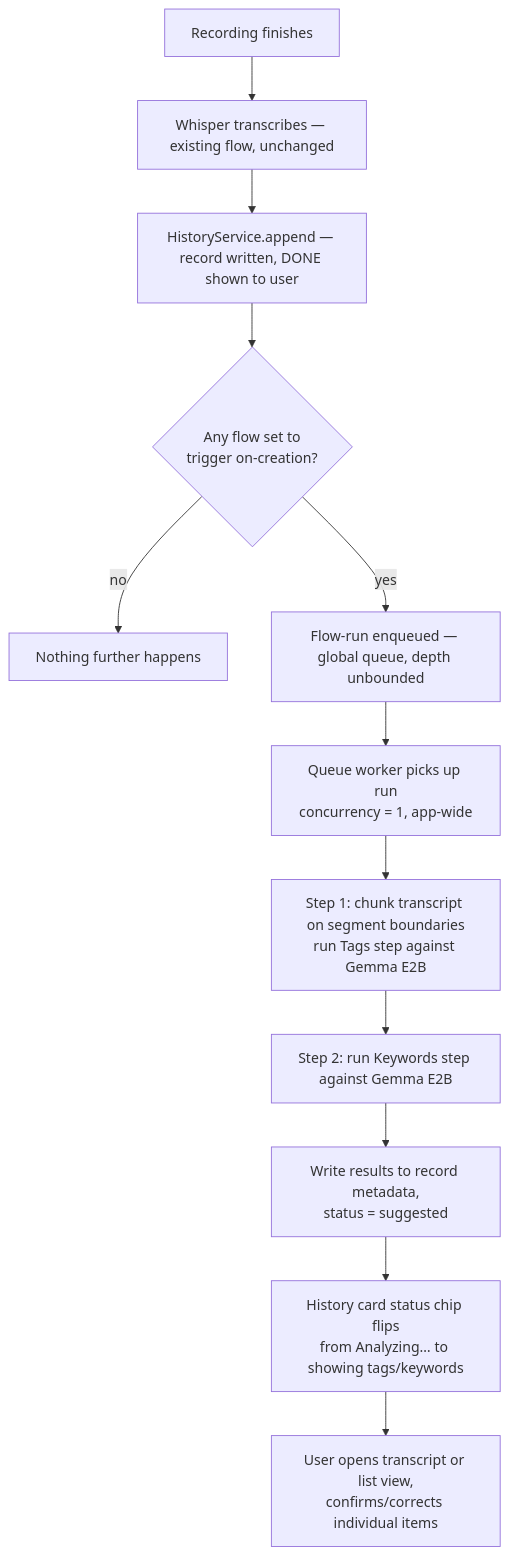
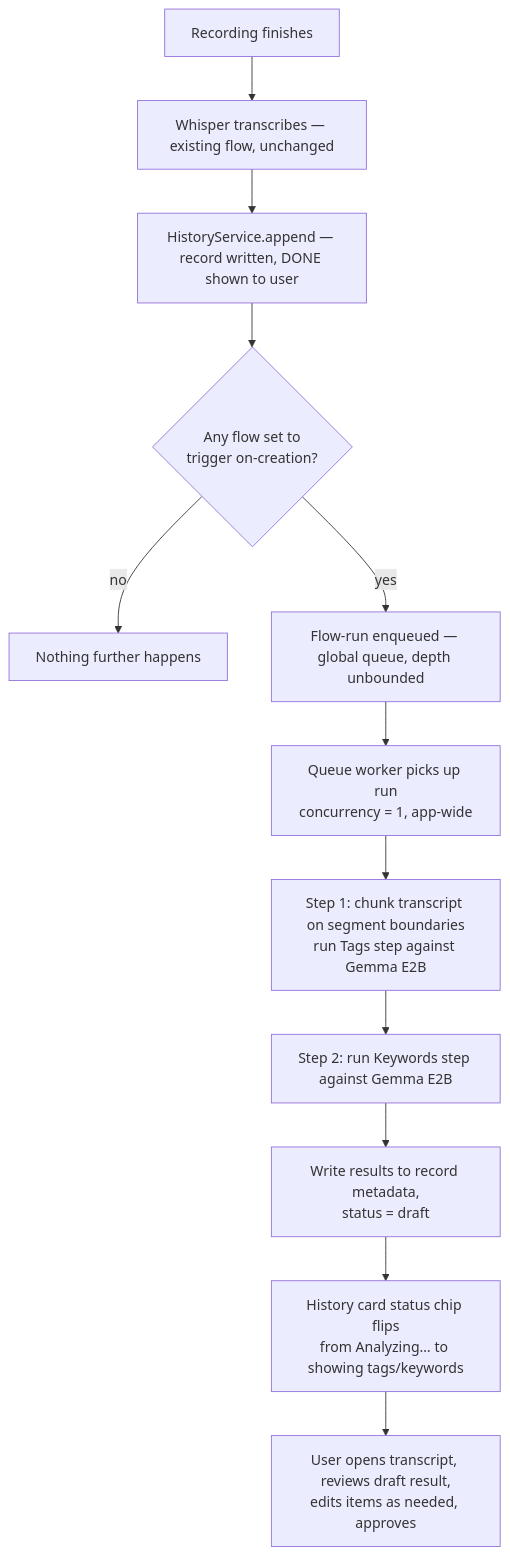
Before and after one commit to Lenniott/scribeFloat: the first of 6 diagrams in docs/design-brain-prd.md, drawn with Mermaid. The commit also changed other lines of this file, not shown here.

````diff
--- a/docs/design-brain-prd.md
+++ b/docs/design-brain-prd.md
@@ -79,14 +113,14 @@
 ```mermaid
 flowchart TD
     A[Recording finishes] --> B[Whisper transcribes — existing flow, unchanged]
     B --> C[HistoryService.append — record written, DONE shown to user]
     C --> D{Any flow set to\ntrigger on-creation?}
     D -- no --> Z[Nothing further happens]
     D -- yes --> E[Flow-run enqueued — global queue, depth unbounded]
     E --> F[Queue worker picks up run\nconcurrency = 1, app-wide]
     F --> G[Step 1: chunk transcript on segment boundaries\nrun Tags step against Gemma E2B]
     G --> H[Step 2: run Keywords step against Gemma E2B]
-    H --> I[Write results to record metadata,\nstatus = suggested]
+    H --> I[Write results to record metadata,\nstatus = draft]
     I --> J[History card status chip flips\nfrom Analyzing… to showing tags/keywords]
-    J --> K[User opens transcript or list view,\nconfirms/corrects individual items]
+    J --> K[User opens transcript, reviews draft result,\nedits items as needed, approves]
 ```
````
